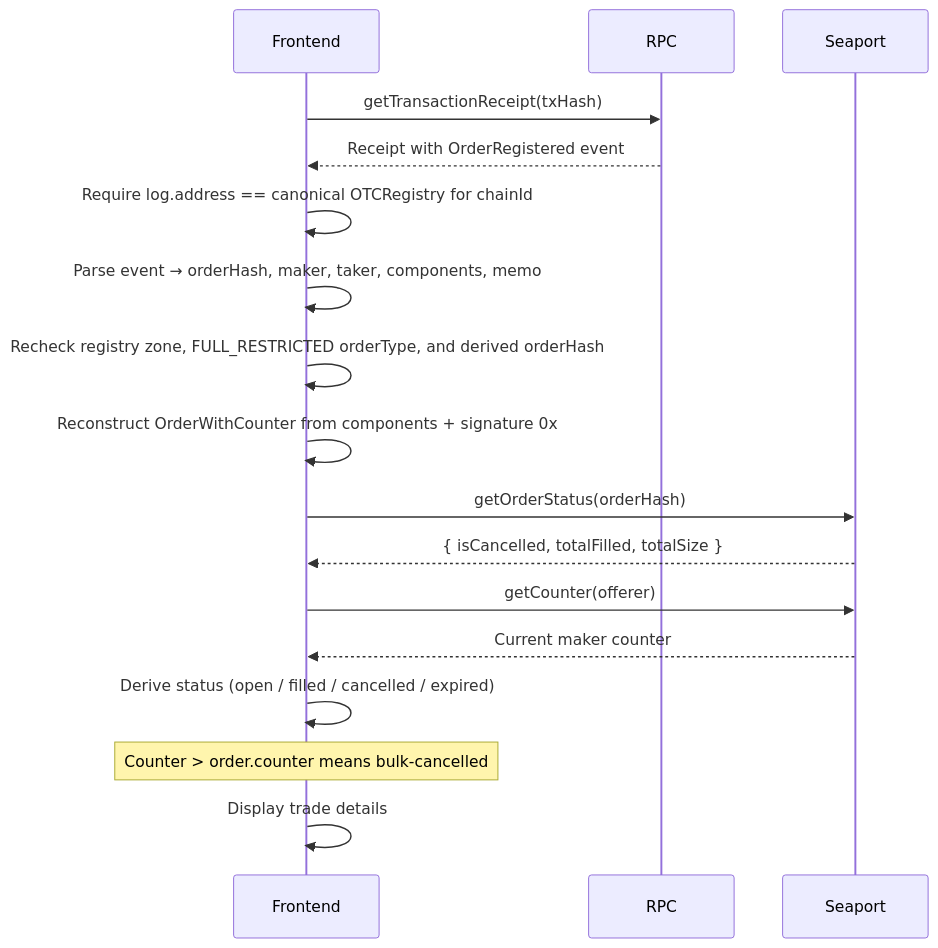
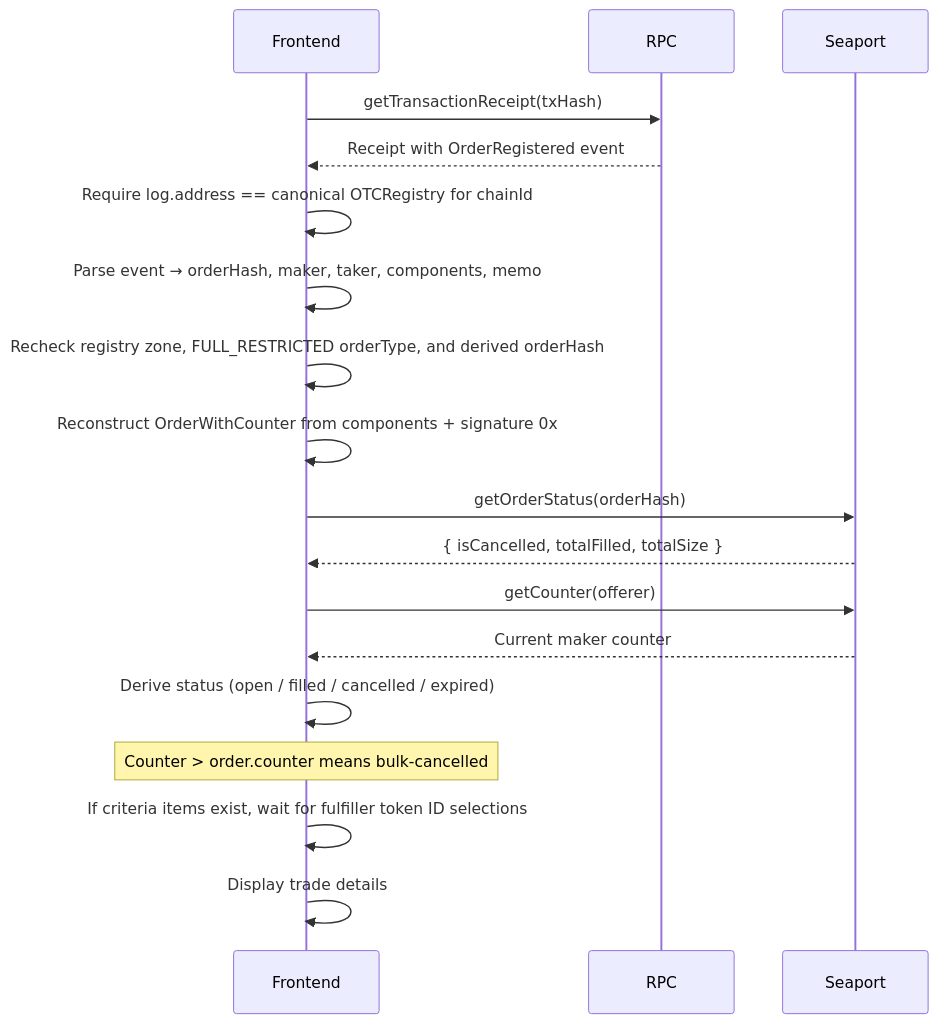
Before and after one commit to shukudaidayo/ocarina-trade: the second of 5 diagrams in docs/flows.md, drawn with Mermaid. The commit also changed other lines of this file and 10 other files, not shown here.

First line of the commit message:
Add Any Token criteria offers

````diff
--- a/docs/flows.md
+++ b/docs/flows.md
@@ -56,24 +58,25 @@
 ```mermaid
 sequenceDiagram
     participant F as Frontend
     participant R as RPC
     participant S as Seaport
 
     F->>R: getTransactionReceipt(txHash)
     R-->>F: Receipt with OrderRegistered event
 
     F->>F: Require log.address == canonical OTCRegistry for chainId
     F->>F: Parse event → orderHash, maker, taker, components, memo
     F->>F: Recheck registry zone, FULL_RESTRICTED orderType, and derived orderHash
     F->>F: Reconstruct OrderWithCounter from components + signature 0x
 
     F->>S: getOrderStatus(orderHash)
     S-->>F: { isCancelled, totalFilled, totalSize }
 
     F->>S: getCounter(offerer)
     S-->>F: Current maker counter
 
     F->>F: Derive status (open / filled / cancelled / expired)
     Note over F: Counter > order.counter means bulk-cancelled
+    F->>F: If criteria items exist, wait for fulfiller token ID selections
     F->>F: Display trade details
 ```
````
